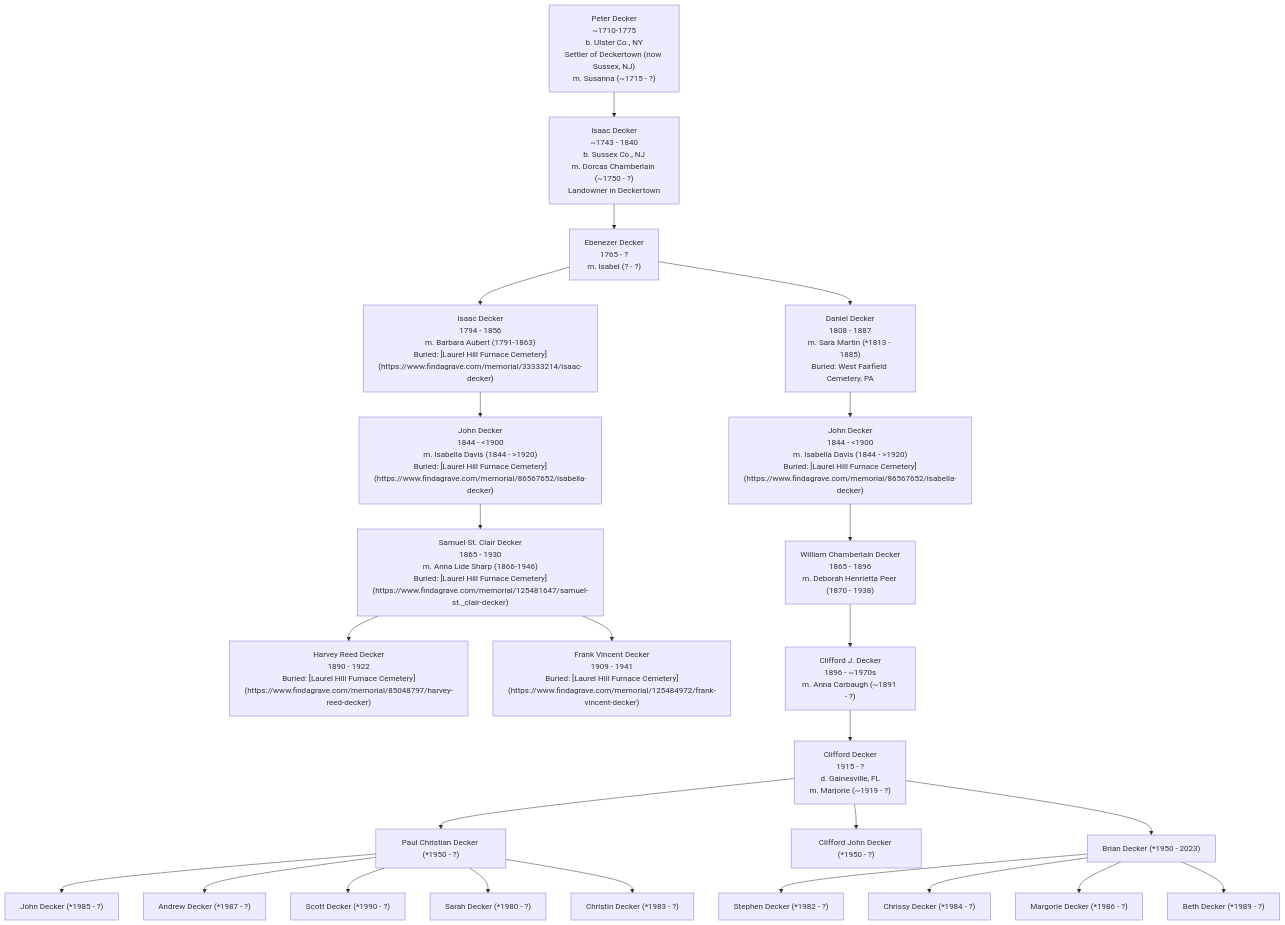
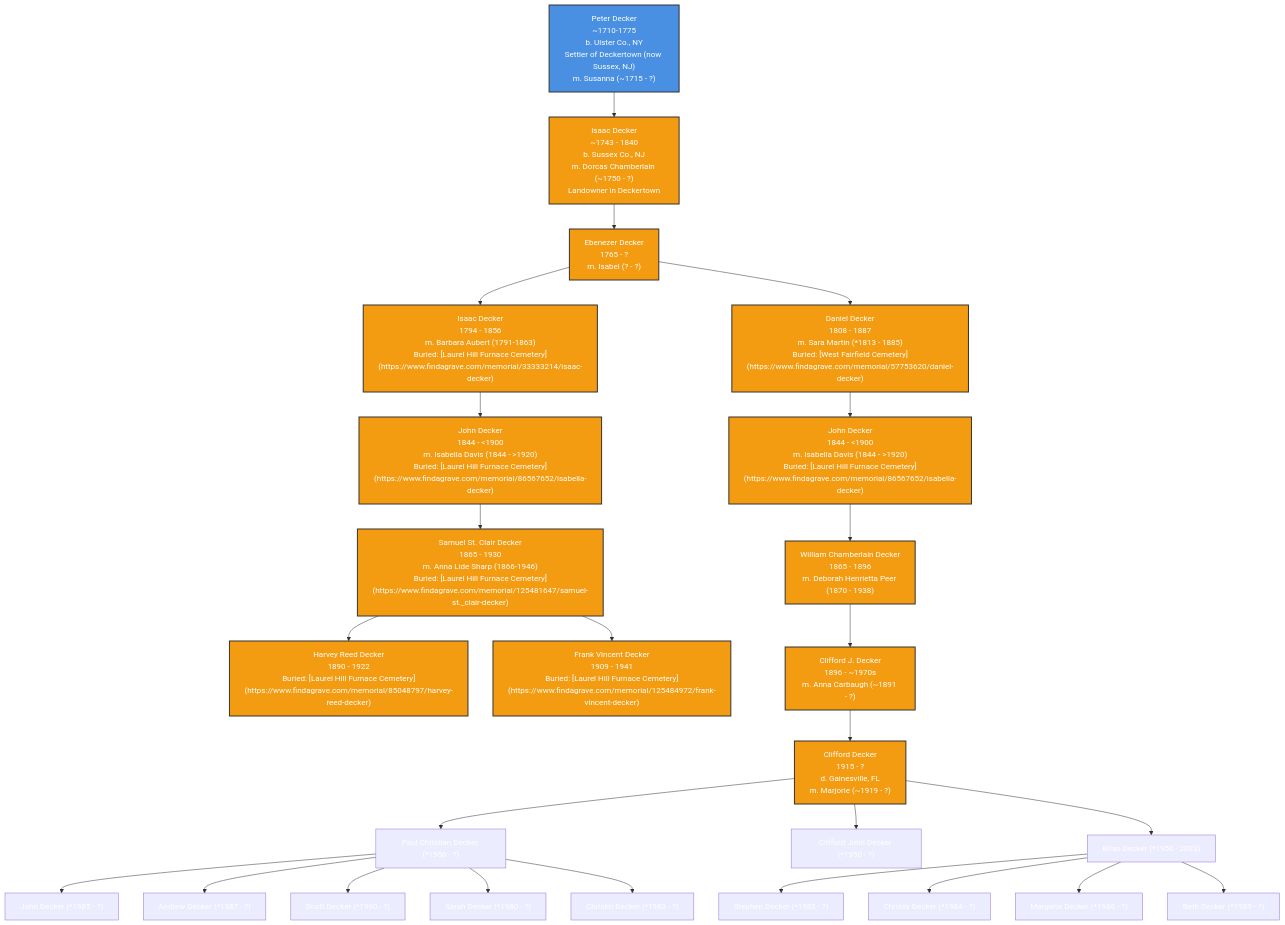
The diagram in README.md (Deck-J/geneology), drawn with Mermaid before and after one commit.

````diff
--- a/README.md
+++ b/README.md
@@ -12,33 +12,35 @@
 ```mermaid
 graph TD
-    A["Peter Decker<br>~1710-1775<br>b. Ulster Co., NY<br>Settler of Deckertown (now Sussex, NJ)<br>m. Susanna (~1715 - ?)"]:::root 
-    A --> B["Isaac Decker<br>~1743 - 1840<br>b. Sussex Co., NJ<br>m. Dorcas Chamberlain (~1750 - ?)<br>Landowner in Deckertown"]:::direct
+    A["Peter Decker<br>~1710-1775<br>b. Ulster Co., NY<br>Settler of Deckertown (now Sussex, NJ)<br>m. Susanna (~1715 - ?)" ]:::root 
+    A --> B["Isaac Decker<br>~1743 - 1840<br>b. Sussex Co., NJ<br>m. Dorcas Chamberlain (~1750 - ?)<br>Landowner in Deckertown" ]:::direct
 
-    B --> C["Ebenezer Decker<br>1765 - ?<br>m. Isabel (? - ?)"]:::direct
-    C --> D["Isaac Decker<br>1794 - 1856<br>m. Barbara Aubert (1791-1863)<br>Buried: [Laurel Hill Furnace Cemetery](https://www.findagrave.com/memorial/33333214/isaac-decker)"]:::direct
+    B --> C["Ebenezer Decker<br>1765 - ?<br>m. Isabel (? - ?)" ]:::direct
+    C --> D["Isaac Decker<br>1794 - 1856<br>m. Barbara Aubert (1791-1863)<br>Buried: [Laurel Hill Furnace Cemetery](https://www.findagrave.com/memorial/33333214/isaac-decker)" ]:::direct
 
-    D --> R["John Decker<br>1844 - <1900<br>m. Isabella Davis (1844 - >1920)<br>Buried: [Laurel Hill Furnace Cemetery](https://www.findagrave.com/memorial/86567652/isabella-decker)"]:::direct
-    R --> J["Samuel St. Clair Decker<br>1865 - 1930<br>m. Anna Lide Sharp (1866-1946)<br>Buried: [Laurel Hill Furnace Cemetery](https://www.findagrave.com/memorial/125481647/samuel-st._clair-decker)"]:::direct
-    J --> K["Harvey Reed Decker<br>1890 - 1922<br>Buried: [Laurel Hill Furnace Cemetery](https://www.findagrave.com/memorial/85048797/harvey-reed-decker)"]:::direct
-    J --> L["Frank Vincent Decker<br>1909 - 1941<br>Buried: [Laurel Hill Furnace Cemetery](https://www.findagrave.com/memorial/125484972/frank-vincent-decker)"]:::direct
+    D --> R["John Decker<br>1844 - <1900<br>m. Isabella Davis (1844 - >1920)<br>Buried: [Laurel Hill Furnace Cemetery](https://www.findagrave.com/memorial/86567652/isabella-decker)" ]:::direct
+    R --> J["Samuel St. Clair Decker<br>1865 - 1930<br>m. Anna Lide Sharp (1866-1946)<br>Buried: [Laurel Hill Furnace Cemetery](https://www.findagrave.com/memorial/125481647/samuel-st._clair-decker)" ]:::direct
+    J --> K["Harvey Reed Decker<br>1890 - 1922<br>Buried: [Laurel Hill Furnace Cemetery](https://www.findagrave.com/memorial/85048797/harvey-reed-decker)" ]:::direct
+    J --> L["Frank Vincent Decker<br>1909 - 1941<br>Buried: [Laurel Hill Furnace Cemetery](https://www.findagrave.com/memorial/125484972/frank-vincent-decker)" ]:::direct
 
-    C --> Q["Daniel Decker<br>1808 - 1887<br>m. Sara Martin (*1813 - 1885)<br>Buried: West Fairfield Cemetery, PA"]:::direct
-    Q --> S["John Decker<br>1844 - <1900<br>m. Isabella Davis (1844 - >1920)<br>Buried: [Laurel Hill Furnace Cemetery](https://www.findagrave.com/memorial/86567652/isabella-decker)"]:::direct
-    S --> T["William Chamberlain Decker<br>1865 - 1896<br>m. Deborah Henrietta Peer (1870 - 1938)"]:::direct
-    T --> U["Clifford J. Decker<br>1896 - ~1970s<br>m. Anna Carbaugh (~1891 - ?)"]:::direct
-    U --> V["Clifford Decker<br>1915 - ?<br>d. Gainesville, FL<br>m. Marjorie (~1919 - ?)"]:::direct
-    V --> W["Paul Christian Decker (*1950 - ?)"]
-    V --> X["Clifford John Decker (*1950 - ?)"]
-    V --> Y["Brian Decker (*1950 - 2023)"]
+    C --> Q["Daniel Decker<br>1808 - 1887<br>m. Sara Martin (*1813 - 1885)<br>Buried: [West Fairfield Cemetery](https://www.findagrave.com/memorial/57753620/daniel-decker)"]:::direct
+    Q --> S["John Decker<br>1844 - <1900<br>m. Isabella Davis (1844 - >1920)<br>Buried: [Laurel Hill Furnace Cemetery](https://www.findagrave.com/memorial/86567652/isabella-decker)" ]:::direct
+    S --> T["William Chamberlain Decker<br>1865 - 1896<br>m. Deborah Henrietta Peer (1870 - 1938)" ]:::direct
+    T --> U["Clifford J. Decker<br>1896 - ~1970s<br>m. Anna Carbaugh (~1891 - ?)" ]:::direct
+    U --> V["Clifford Decker<br>1915 - ?<br>d. Gainesville, FL<br>m. Marjorie (~1919 - ?)" ]:::direct
+    V --> W["Paul Christian Decker (*1950 - ?)" ]
+    V --> X["Clifford John Decker (*1950 - ?)" ]
+    V --> Y["Brian Decker (*1950 - 2023)" ]
 
-    W --> Z["John Decker (*1985 - ?)"]
-    W --> AA["Andrew Decker (*1987 - ?)"]
-    W --> AB["Scott Decker (*1990 - ?)"]
-    Y --> AC["Stephen Decker (*1982 - ?)"]
-    Y --> AD["Chrissy Decker (*1984 - ?)"]
-    Y --> AE["Margorie Decker (*1986 - ?)"]
-    Y --> AF["Beth Decker (*1989 - ?)"]
-    W --> AG["Sarah Decker (*1980 - ?)"]
-    W --> AH["Christin Decker (*1983 - ?)"]
+    W --> Z["John Decker (*1985 - ?)" ]
+    W --> AA["Andrew Decker (*1987 - ?)" ]
+    W --> AB["Scott Decker (*1990 - ?)" ]
+    Y --> AC["Stephen Decker (*1982 - ?)" ]
+    Y --> AD["Chrissy Decker (*1984 - ?)" ]
+    Y --> AE["Margorie Decker (*1986 - ?)" ]
+    Y --> AF["Beth Decker (*1989 - ?)" ]
+    W --> AG["Sarah Decker (*1980 - ?)" ]
+    W --> AH["Christin Decker (*1983 - ?)" ]
 
+    classDef root fill:#4A90E2,stroke:#333,stroke-width:2px,color:#FFF;
+    classDef direct fill:#F39C12,stroke:#333,stroke-width:2px,color:#FFF;
 ```
````
